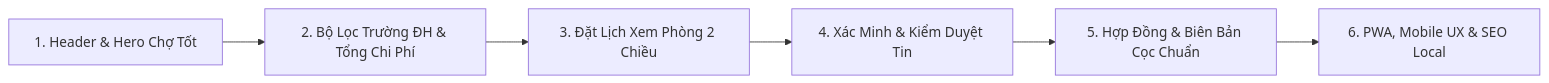
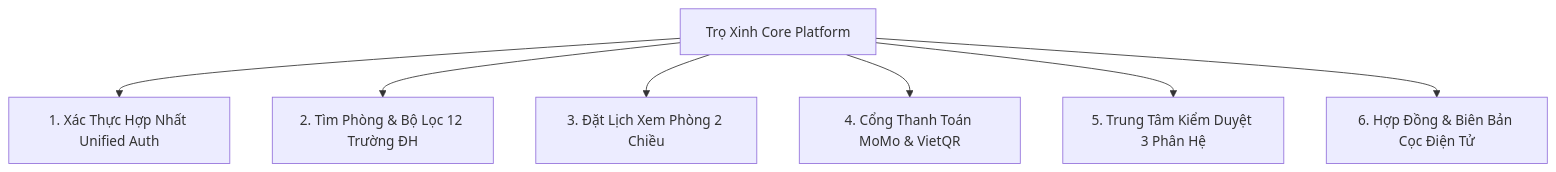
One commit to linmaru06-alt/troxinhde changed the diagram in README.md. Above: the diagram before and after it, drawn with Mermaid. The commit also changed other lines of this file, not shown here.

Commit message:
docs(readme): update README.md with Unified Auth and MoMo payment gateway features

````diff
--- a/README.md
+++ b/README.md
@@ -22,8 +20,9 @@
 ```mermaid
-graph LR
-    S1[1. Header & Hero Chợ Tốt] --> S2[2. Bộ Lọc Trường ĐH & Tổng Chi Phí]
-    S2 --> S3[3. Đặt Lịch Xem Phòng 2 Chiều]
-    S3 --> S4[4. Xác Minh & Kiểm Duyệt Tin]
-    S4 --> S5[5. Hợp Đồng & Biên Bản Cọc Chuẩn]
-    S5 --> S6[6. PWA, Mobile UX & SEO Local]
+graph TD
+    A[Trọ Xinh Core Platform] --> B[1. Xác Thực Hợp Nhất Unified Auth]
+    A --> C[2. Tìm Phòng & Bộ Lọc 12 Trường ĐH]
+    A --> D[3. Đặt Lịch Xem Phòng 2 Chiều]
+    A --> E[4. Cổng Thanh Toán MoMo & VietQR]
+    A --> F[5. Trung Tâm Kiểm Duyệt 3 Phân Hệ]
+    A --> G[6. Hợp Đồng & Biên Bản Cọc Điện Tử]
 ```
````
